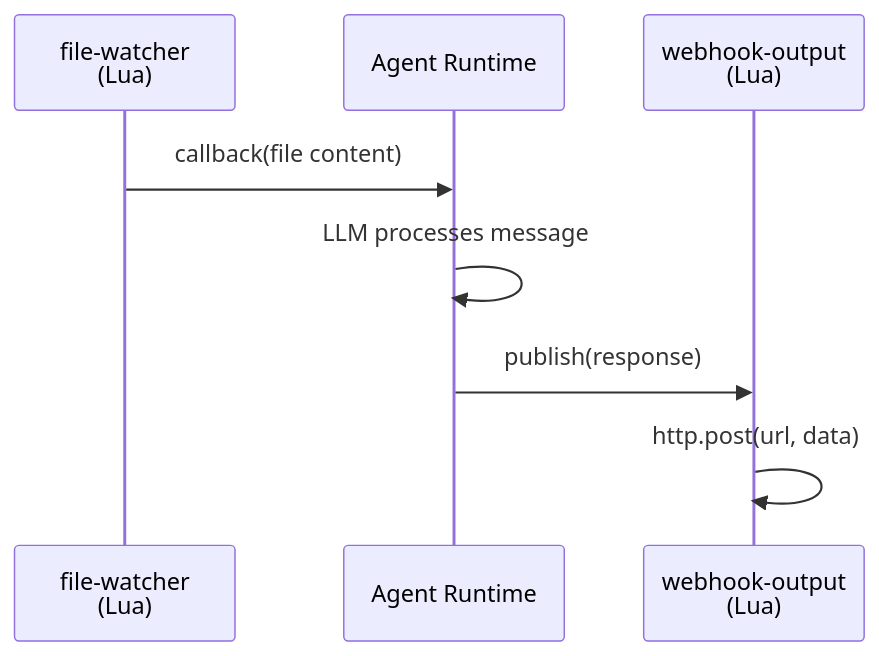
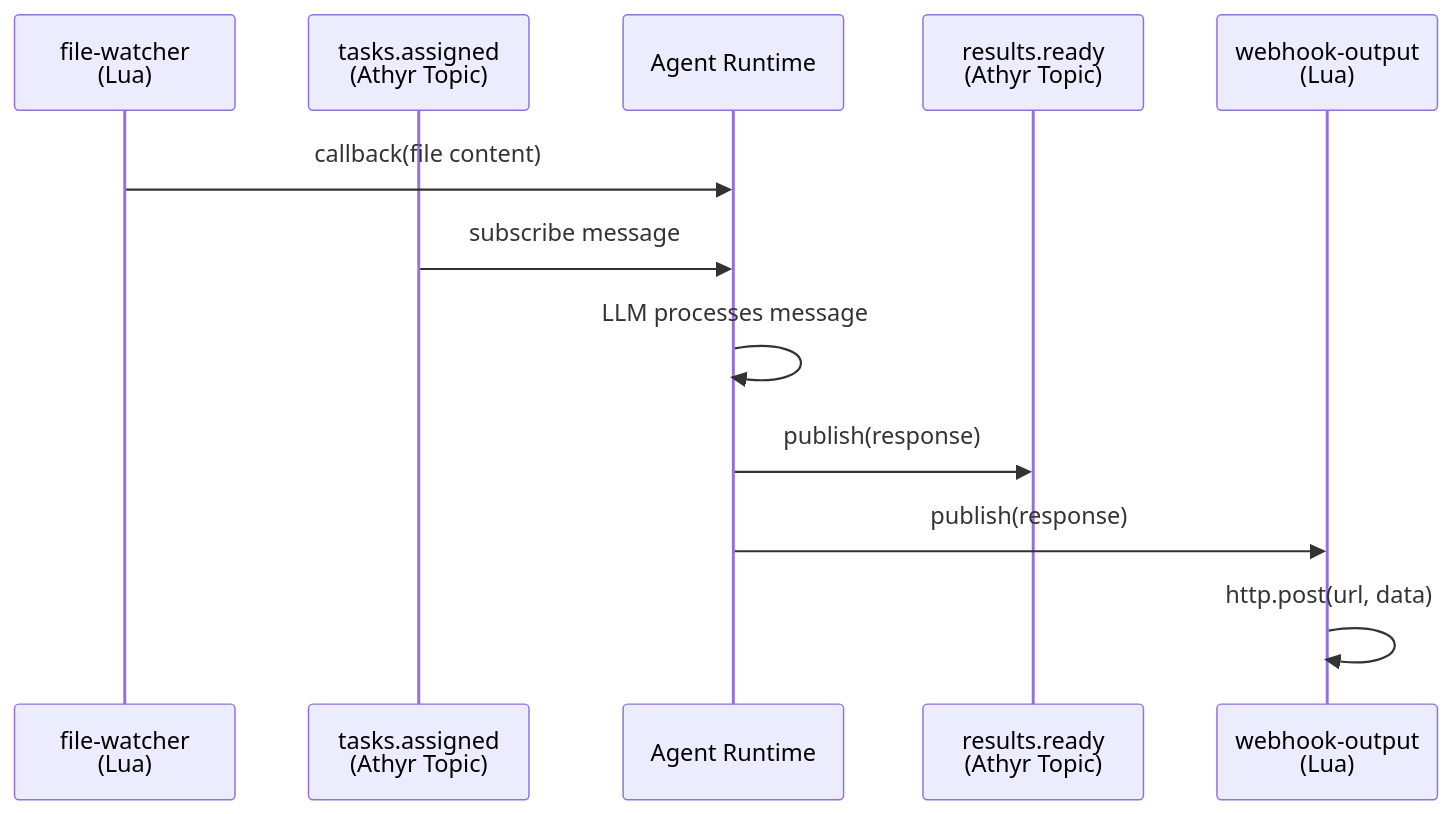
Before and after one commit to athyr-tech/athyr-agent: the diagram in docs/configuration.md, drawn with Mermaid. The commit also changed other lines of this file and 6 other files, not shown here.

````diff
--- a/docs/configuration.md
+++ b/docs/configuration.md
@@ -66,11 +68,15 @@
 ```mermaid
 sequenceDiagram
     participant FW as file-watcher<br/>(Lua)
+    participant AT1 as tasks.assigned<br/>(Athyr Topic)
     participant Agent as Agent Runtime
+    participant AT2 as results.ready<br/>(Athyr Topic)
     participant WH as webhook-output<br/>(Lua)
 
     FW->>Agent: callback(file content)
+    AT1->>Agent: subscribe message
     Agent->>Agent: LLM processes message
+    Agent->>AT2: publish(response)
     Agent->>WH: publish(response)
     WH->>WH: http.post(url, data)
 ```
````
